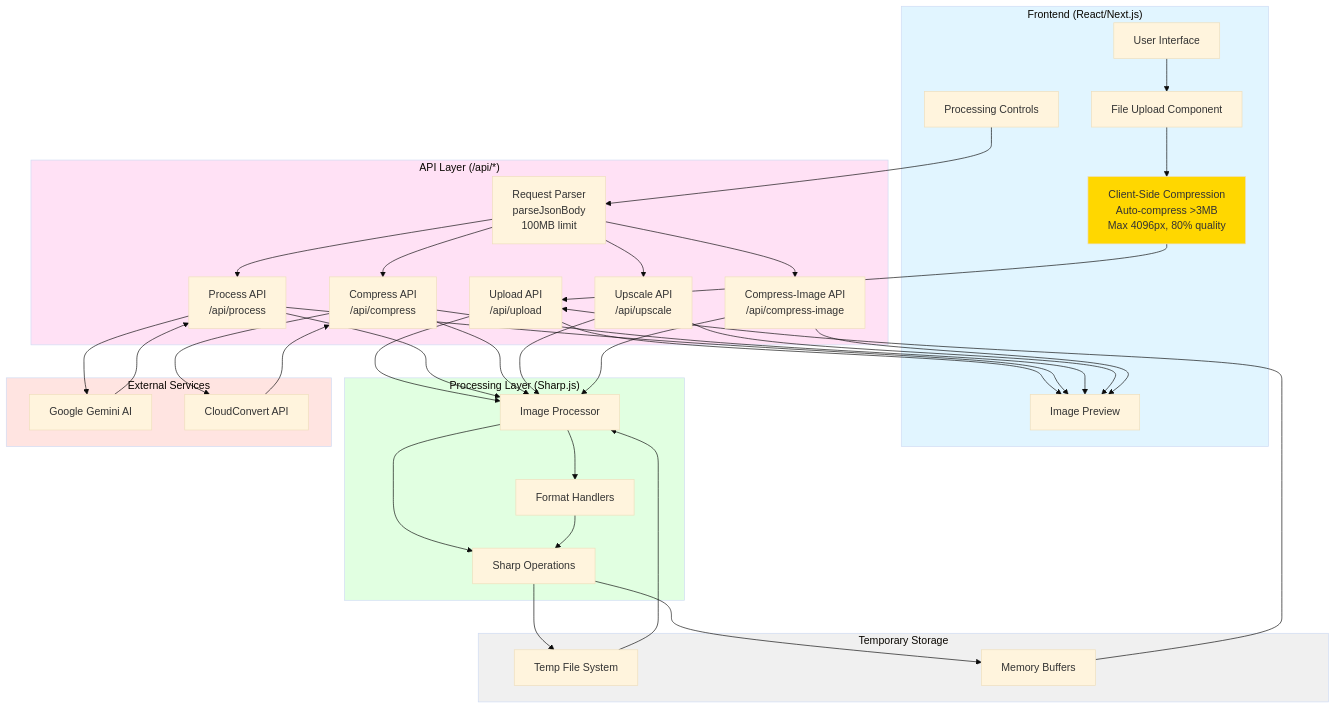
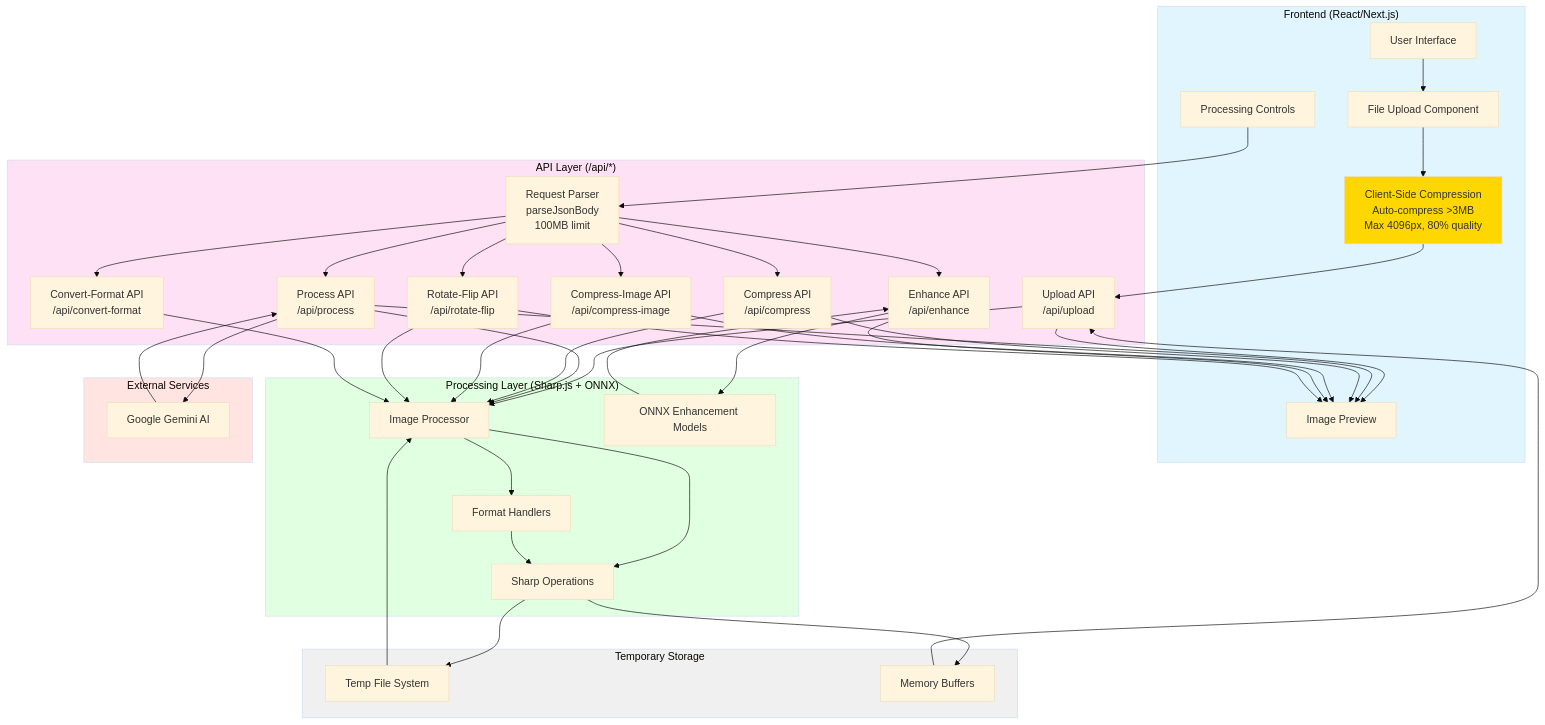
Diagram 14 of 14 in DATAFLOW_DIAGRAMS.md (varunbv25/AI-image-resizer), drawn with Mermaid (base theme) before and after one commit. The commit also changed other lines of this file and 35 other files, not shown here.

```diff
--- a/DATAFLOW_DIAGRAMS.md
+++ b/DATAFLOW_DIAGRAMS.md
@@ -805,19 +1051,21 @@
         UploadAPI["Upload API<br/>/api/upload"]
         ProcessAPI["Process API<br/>/api/process"]
         CompressAPI["Compress API<br/>/api/compress"]
-        UpscaleAPI["Upscale API<br/>/api/upscale"]
         CompressImageAPI["Compress-Image API<br/>/api/compress-image"]
+        EnhanceAPI["Enhance API<br/>/api/enhance"]
+        RotateFlipAPI["Rotate-Flip API<br/>/api/rotate-flip"]
+        ConvertFormatAPI["Convert-Format API<br/>/api/convert-format"]
     end
 
-    subgraph Processing["Processing Layer (Sharp.js)"]
+    subgraph Processing["Processing Layer (Sharp.js + ONNX)"]
         ImageProcessor[Image Processor]
         SharpOps[Sharp Operations]
         FormatHandlers[Format Handlers]
+        ONNXModels[ONNX Enhancement Models]
     end
 
     subgraph External["External Services"]
         GeminiAI[Google Gemini AI]
-        CloudConvert[CloudConvert API]
     end
 
     subgraph Storage["Temporary Storage"]
@@ -837,28 +1085,32 @@
     Controls --> RequestParser
     RequestParser --> ProcessAPI
     RequestParser --> CompressAPI
-    RequestParser --> UpscaleAPI
     RequestParser --> CompressImageAPI
+    RequestParser --> EnhanceAPI
+    RequestParser --> RotateFlipAPI
+    RequestParser --> ConvertFormatAPI
 
     ProcessAPI --> ImageProcessor
     ProcessAPI --> GeminiAI
     CompressAPI --> ImageProcessor
-    CompressAPI --> CloudConvert
-    UpscaleAPI --> ImageProcessor
     CompressImageAPI --> ImageProcessor
+    EnhanceAPI --> ONNXModels
+    RotateFlipAPI --> ImageProcessor
+    ConvertFormatAPI --> ImageProcessor
 
     ImageProcessor --> FormatHandlers
     FormatHandlers --> SharpOps
     SharpOps --> TempFiles
     TempFiles --> ImageProcessor
 
+    ONNXModels --> EnhanceAPI
     GeminiAI --> ProcessAPI
-    CloudConvert --> CompressAPI
 
     ProcessAPI --> Preview
     CompressAPI --> Preview
-    UpscaleAPI --> Preview
     CompressImageAPI --> Preview
+    EnhanceAPI --> Preview
+    RotateFlipAPI --> Preview
 
     style Frontend fill:#E1F5FF
     style API fill:#FFE1F5
```
